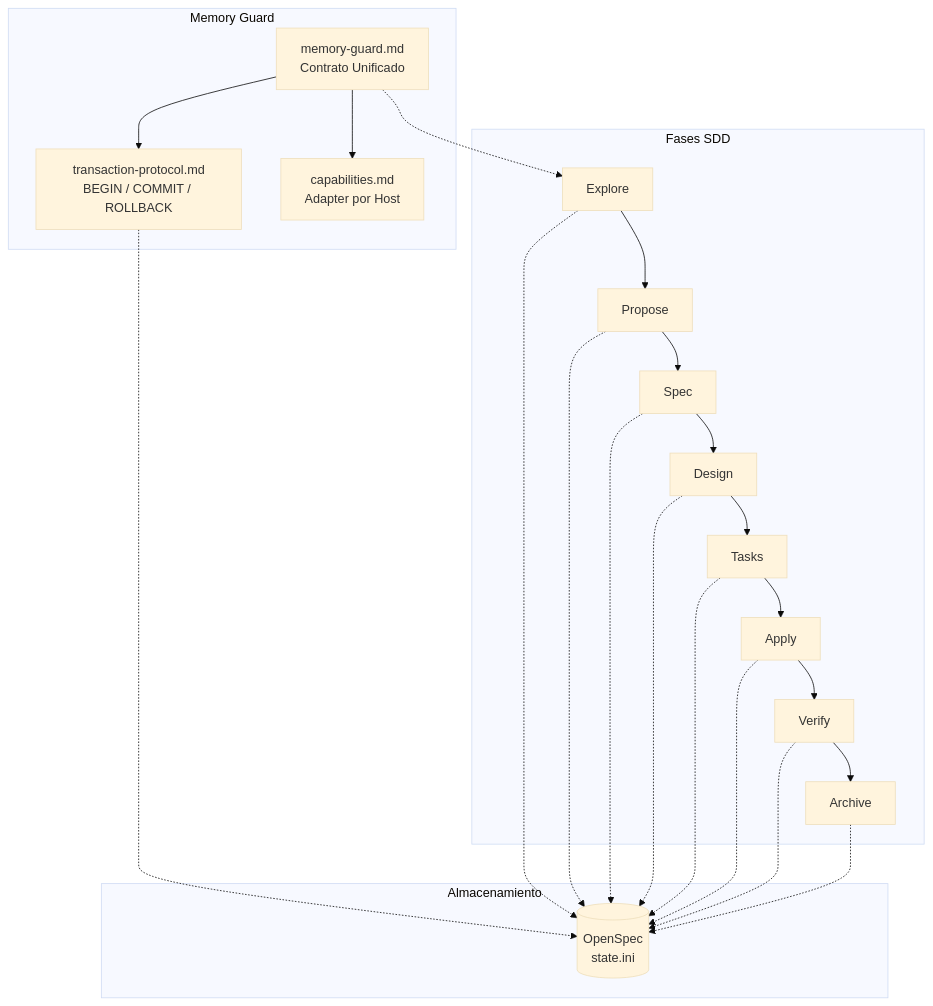
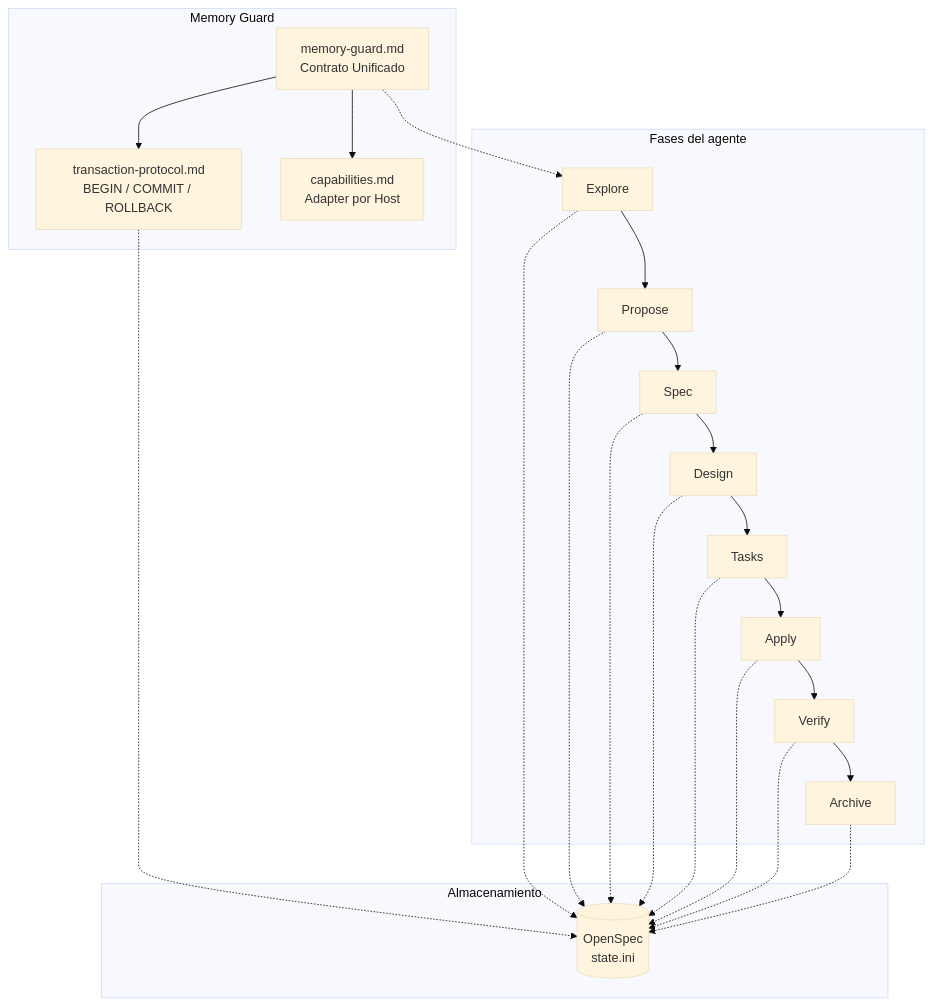
The diagram in README.md (fdomerlo/state-guard), drawn with Mermaid (base theme) before and after one commit. The commit also changed other lines of this file and 102 other files, not shown here.

````diff
--- a/README.md
+++ b/README.md
@@ -115,28 +115,28 @@
 ```mermaid
 graph TB
     subgraph "Memory Guard"
         MG["memory-guard.md\nContrato Unificado"]
         TXN["transaction-protocol.md\nBEGIN / COMMIT / ROLLBACK"]
         CAP["capabilities.md\nAdapter por Host"]
     end
 
-    subgraph "Fases SDD"
+    subgraph "Fases del agente"
         E[Explore] --> P[Propose]
         P --> S[Spec]
         S --> D[Design]
         D --> T[Tasks]
         T --> A[Apply]
         A --> V[Verify]
         V --> ARC[Archive]
     end
 
     subgraph "Almacenamiento"
         O[("OpenSpec\nstate.ini")]
     end
 
     MG --> TXN
     MG --> CAP
     MG -.-> E
     TXN -.-> O
     E & P & S & D & T & A & V & ARC -.-> O
 ```
````
